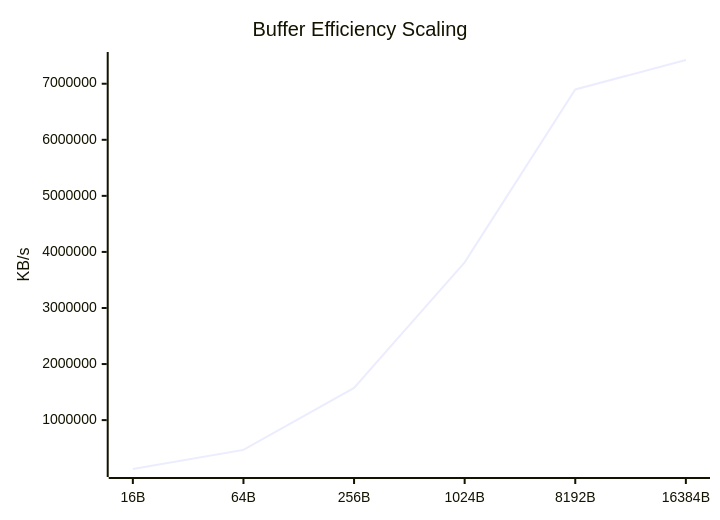
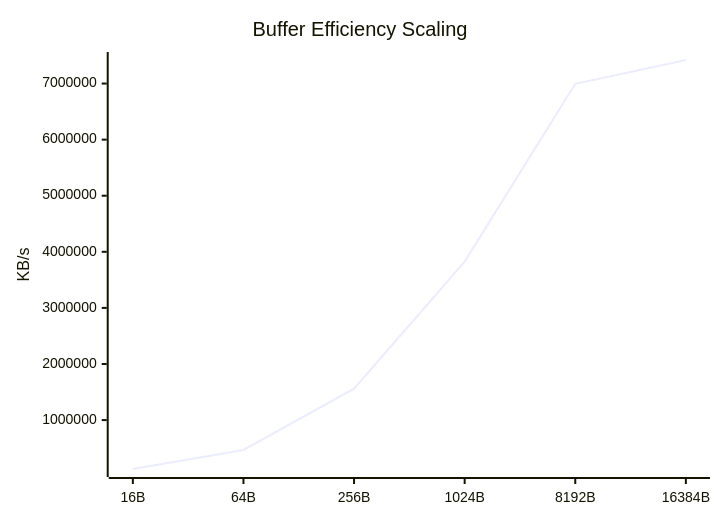
Before and after one commit to taha2samy/openssl_fips: the fifth of 9 diagrams in docs/Comparison_Report.md, drawn with Mermaid. The commit also changed other lines of this file and 2 other files, not shown here.

````diff
--- a/docs/Comparison_Report.md
+++ b/docs/Comparison_Report.md
@@ -94,7 +94,7 @@
 ```mermaid
 xychart-beta
     title "Buffer Efficiency Scaling"
     x-axis [16B, 64B, 256B, 1024B, 8192B, 16384B]
     y-axis "KB/s"
-    line [128068.71, 468560.32, 1573618.94, 3813833.73, 6898032.64, 7423336.45]
+    line [127610.15, 467143.71, 1558546.18, 3826008.06, 6995005.44, 7419936.77]
 ```
````
